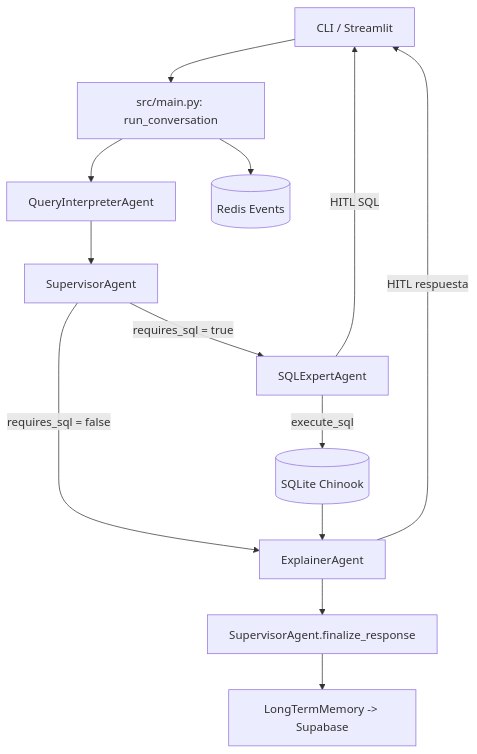
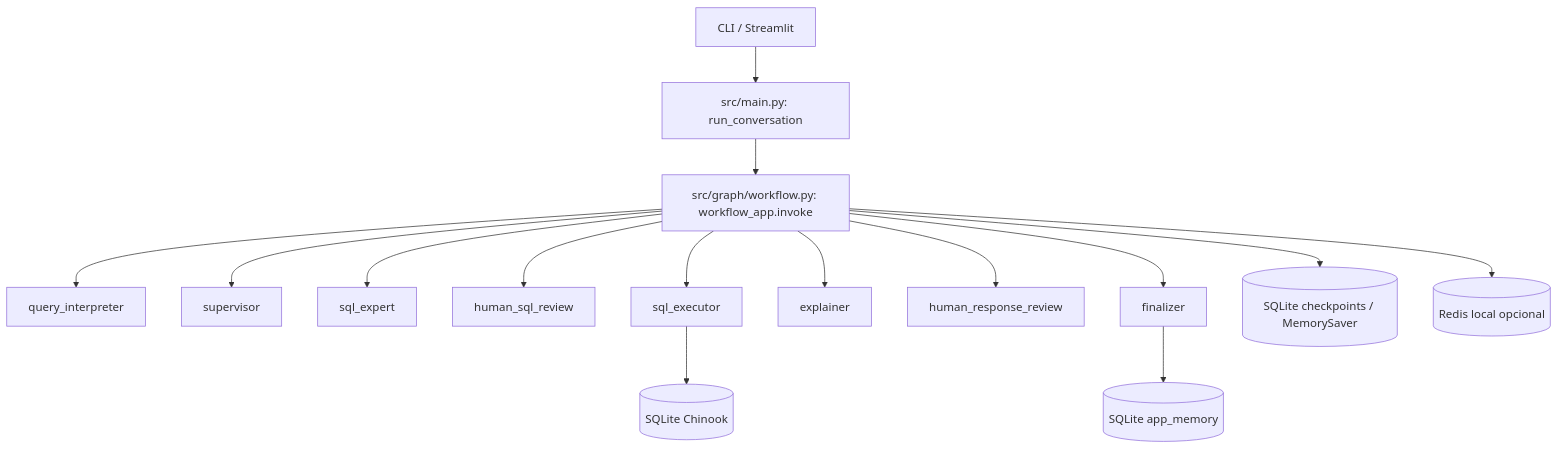
One commit to edgarrth/multiagente-langgraph-hitl changed the first of 2 diagrams in README.md. Above: the diagram before and after it, drawn with Mermaid. The commit also changed other lines of this file, not shown here.

````diff
--- a/README.md
+++ b/README.md
@@ -44,15 +58,19 @@
 ```mermaid
 flowchart TD
-	UI[CLI / Streamlit] --> MAIN[src/main.py: run_conversation]
-	MAIN --> QI[QueryInterpreterAgent]
-	QI --> SUP[SupervisorAgent]
-	SUP -->|requires_sql = true| SQL[SQLExpertAgent]
-	SUP -->|requires_sql = false| EXP[ExplainerAgent]
-	SQL -->|HITL SQL| UI
-	SQL -->|execute_sql| DB[(SQLite Chinook)]
-	DB --> EXP
-	EXP -->|HITL respuesta| UI
-	EXP --> FIN[SupervisorAgent.finalize_response]
-	FIN --> LTM[LongTermMemory -> Supabase]
-	MAIN --> REDIS[(Redis Events)]
+    UI[CLI / Streamlit] --> MAIN[src/main.py: run_conversation]
+    MAIN --> GRAPH[src/graph/workflow.py: workflow_app.invoke]
+
+    GRAPH --> QI[query_interpreter]
+    GRAPH --> SUP[supervisor]
+    GRAPH --> SQL[sql_expert]
+    GRAPH --> HITL_SQL[human_sql_review]
+    GRAPH --> EXEC[sql_executor]
+    GRAPH --> EXP[explainer]
+    GRAPH --> HITL_RESP[human_response_review]
+    GRAPH --> FIN[finalizer]
+
+    EXEC --> DB[(SQLite Chinook)]
+    FIN --> LTM[(SQLite app_memory)]
+    GRAPH --> CKPT[(SQLite checkpoints / MemorySaver)]
+    GRAPH --> REDIS[(Redis local opcional)]
 ```
````
